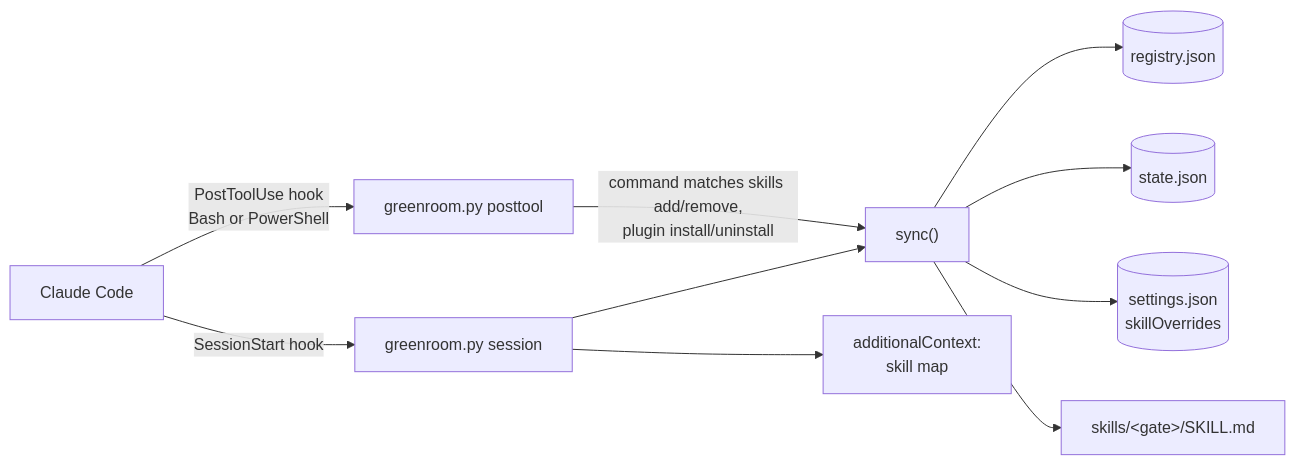
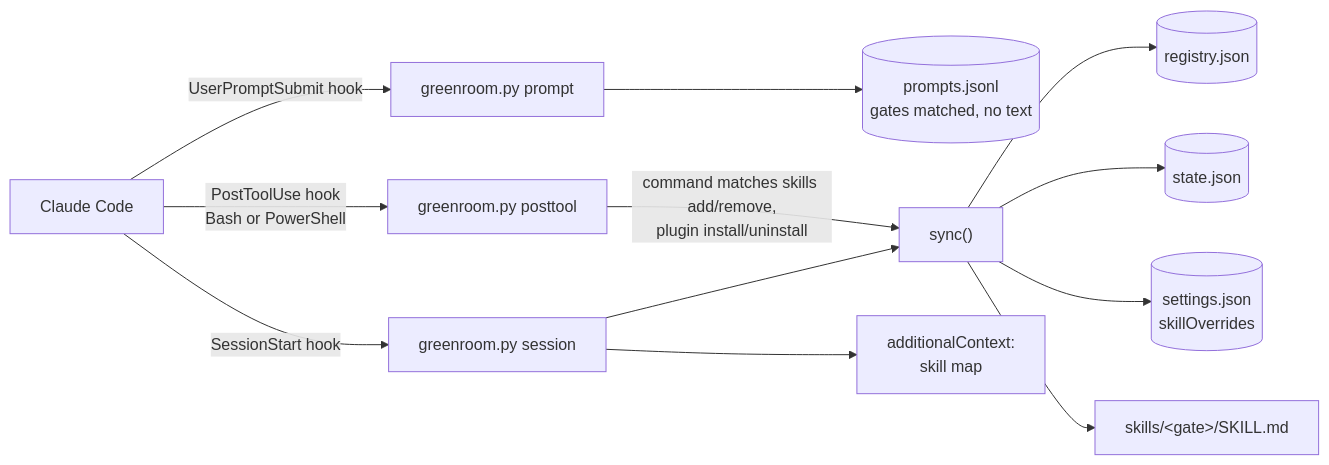
One commit to PapiScholz/greenroom changed the diagram in ARCHITECTURE.md. Above: the diagram before and after it, drawn with Mermaid. The commit also changed other lines of this file and 6 other files, not shown here.

````diff
--- a/ARCHITECTURE.md
+++ b/ARCHITECTURE.md
@@ -7,12 +7,14 @@
 ```mermaid
 flowchart LR
     CC["Claude Code"] -->|SessionStart hook| S["greenroom.py session"]
     CC -->|PostToolUse hook<br/>Bash or PowerShell| P["greenroom.py posttool"]
+    CC -->|UserPromptSubmit hook| PR["greenroom.py prompt"]
+    PR --> PJ[("prompts.jsonl<br/>gates matched, no text")]
     P -->|"command matches skills add/remove,<br/>plugin install/uninstall"| SY["sync()"]
     S --> SY
     SY --> R[("registry.json")]
     SY --> ST[("state.json")]
     SY --> SET[("settings.json<br/>skillOverrides")]
     SY --> G["skills/&lt;gate&gt;/SKILL.md"]
     S --> MAP["additionalContext:<br/>skill map"]
 ```
````
